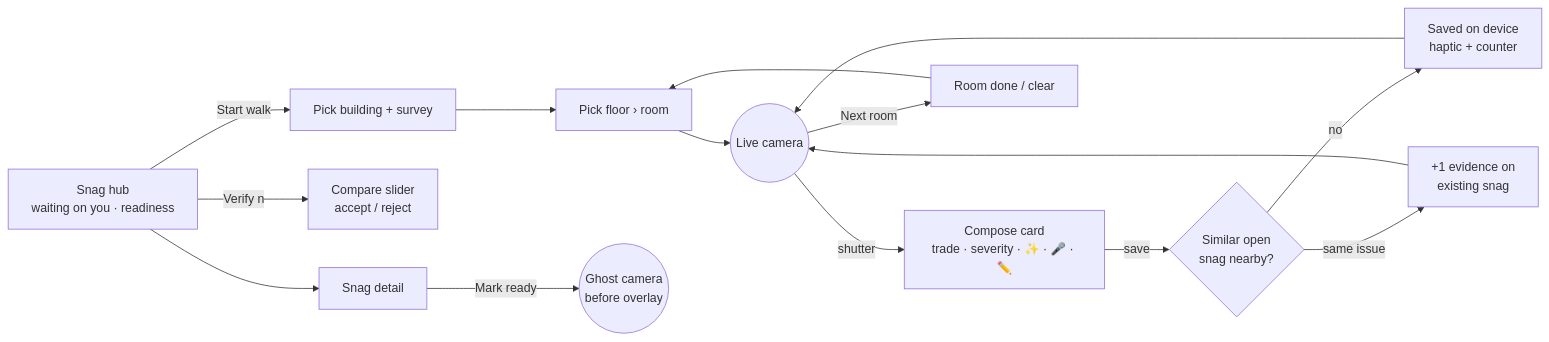
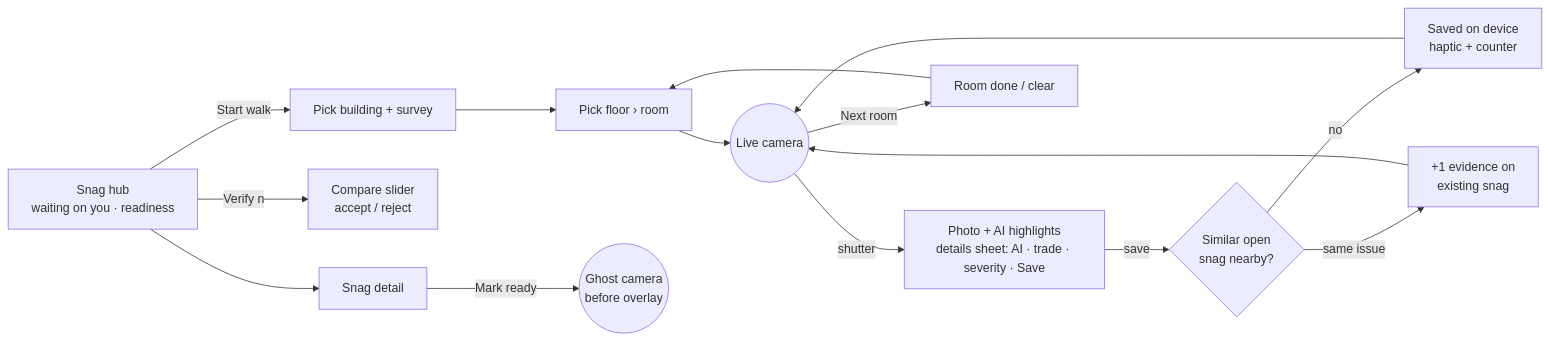
The first of 6 diagrams in docs/snag-assistant.md (the-reciprocal-solutions/fusioneco-fieldops), drawn with Mermaid before and after one commit. The commit also changed other lines of this file and 85 other files, not shown here.

````diff
--- a/docs/snag-assistant.md
+++ b/docs/snag-assistant.md
@@ -65,17 +65,17 @@
 ```mermaid
 flowchart LR
   Hub[Snag hub<br/>waiting on you · readiness] -->|Start walk| Setup[Pick building + survey]
   Setup --> Room[Pick floor › room]
   Room --> Cam((Live camera))
-  Cam -->|shutter| Compose[Compose card<br/>trade · severity · ✨ · 🎤 · ✏️]
+  Cam -->|shutter| Compose[Photo + AI highlights<br/>details sheet: AI · trade · severity · Save]
   Compose -->|save| Dup{Similar open<br/>snag nearby?}
   Dup -->|no| Saved[Saved on device<br/>haptic + counter]
   Dup -->|same issue| PlusOne[+1 evidence on<br/>existing snag]
   Saved --> Cam
   PlusOne --> Cam
   Cam -->|Next room| Sweep[Room done / clear]
   Sweep --> Room
   Hub -->|Verify n| Verify[Compare slider<br/>accept / reject]
   Hub --> Detail[Snag detail]
   Detail -->|Mark ready| Ghost((Ghost camera<br/>before overlay))
 ```
````
